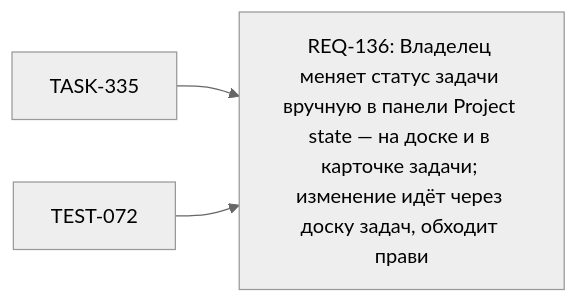
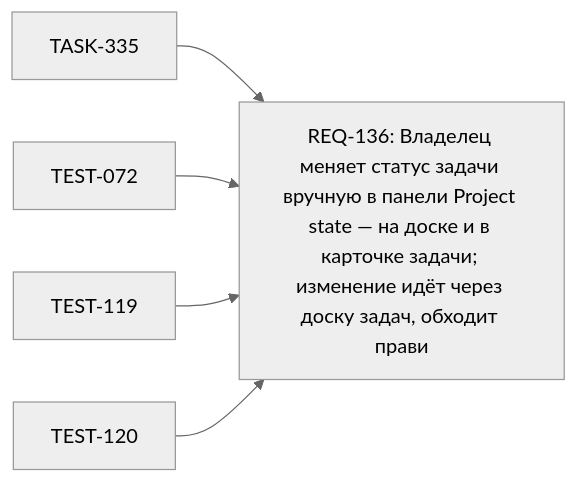
One commit to VanUST/dsh-vanust changed the diagram in state/views/map/REQ-136.mmd. Above: the diagram before and after it, drawn with Mermaid (neutral theme). The commit also changed 53 other files, not shown here.

```diff
--- a/state/views/map/REQ-136.mmd
+++ b/state/views/map/REQ-136.mmd
@@ -1,5 +1,7 @@
 %% GENERATED — DO NOT EDIT. REQ REQ-136
 graph LR
   REQ_136["REQ-136: Владелец меняет статус задачи вручную в панели Project state — на доске и в карточке задачи; изменение идёт через доску задач, обходит прави"]
   TASK_335["TASK-335"] --> REQ_136
   TEST_072["TEST-072"] --> REQ_136
+  TEST_119["TEST-119"] --> REQ_136
+  TEST_120["TEST-120"] --> REQ_136
```
